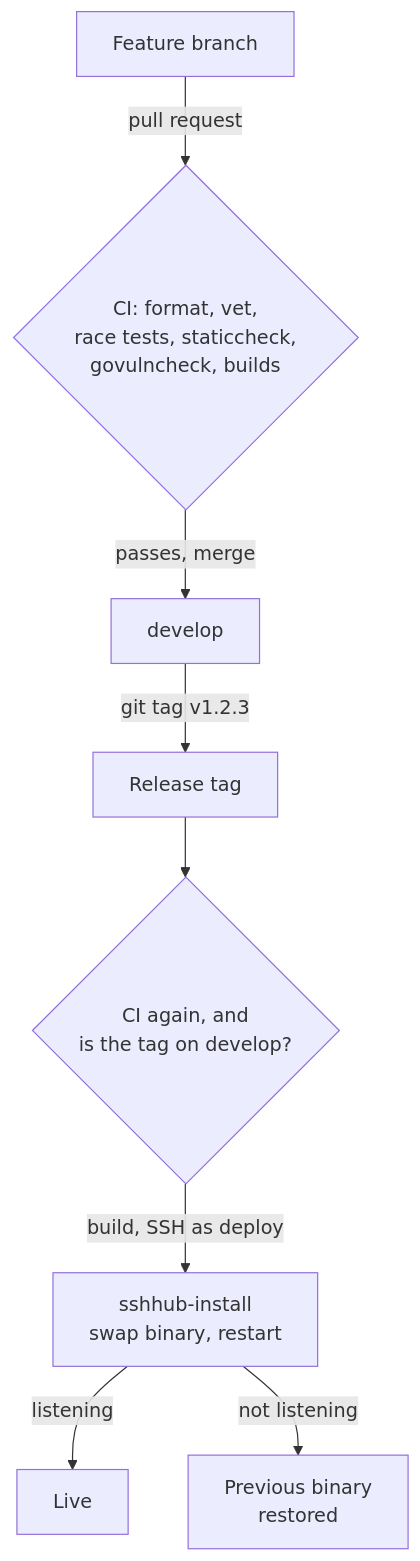
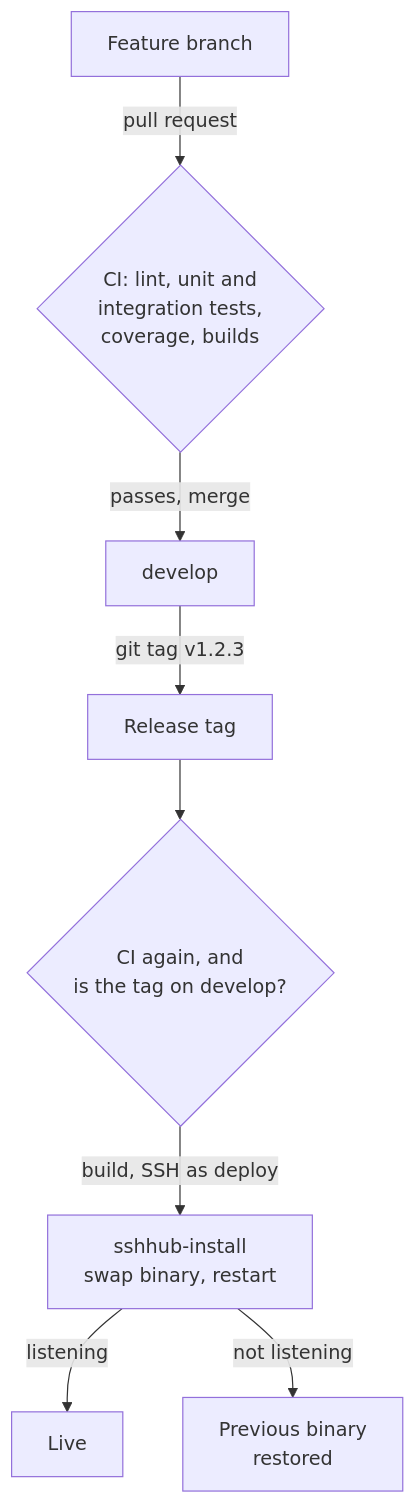
One commit to Dimitry4Now/sshhub changed the third of 3 diagrams in README.md. Above: the diagram before and after it, drawn with Mermaid. The commit also changed other lines of this file, not shown here.

Commit message:
docs: tests, coverage and the CI jobs in README

````diff
--- a/README.md
+++ b/README.md
@@ -174,10 +195,10 @@
 ```mermaid
 flowchart TB
-    branch["Feature branch"] -->|"pull request"| ci{"CI: format, vet,<br/>race tests, staticcheck,<br/>govulncheck, builds"}
+    branch["Feature branch"] -->|"pull request"| ci{"CI: lint, unit and<br/>integration tests,<br/>coverage, builds"}
     ci -->|"passes, merge"| develop["develop"]
     develop -->|"git tag v1.2.3"| tag["Release tag"]
     tag --> ci2{"CI again, and<br/>is the tag on develop?"}
     ci2 -->|"build, SSH as deploy"| install["sshhub-install<br/>swap binary, restart"]
     install -->|"listening"| live["Live"]
     install -->|"not listening"| rollback["Previous binary<br/>restored"]
 ```
````
